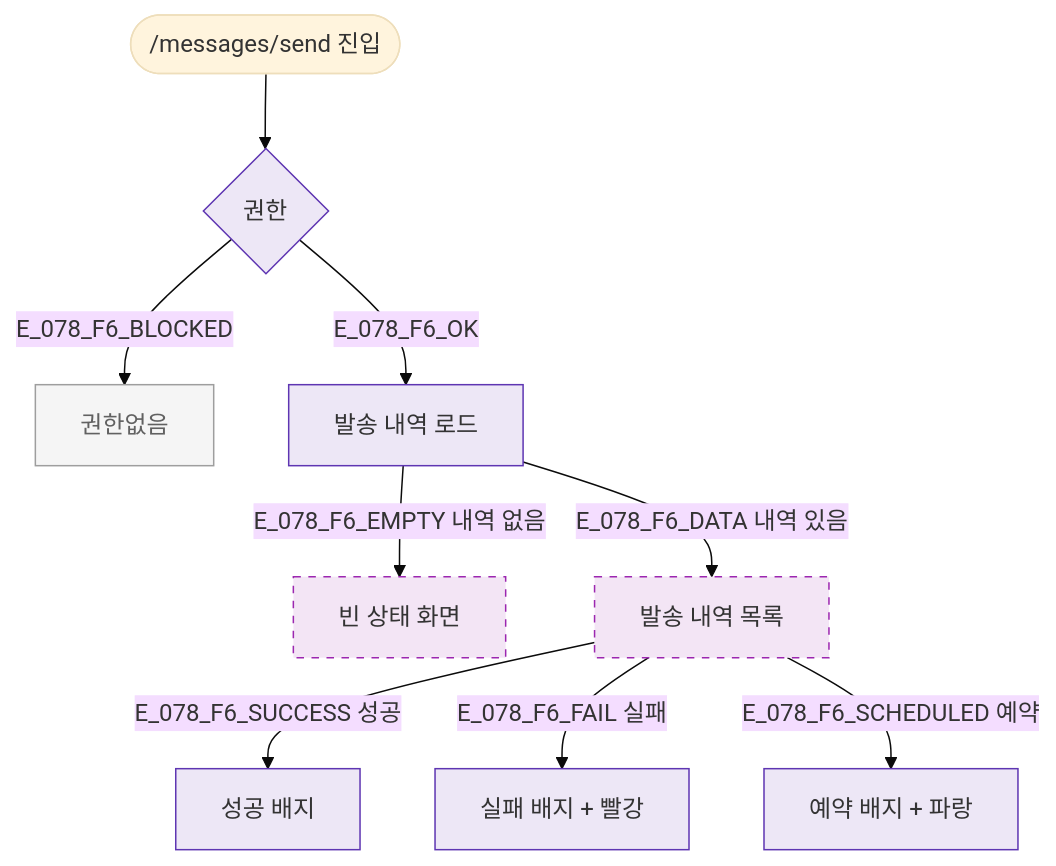
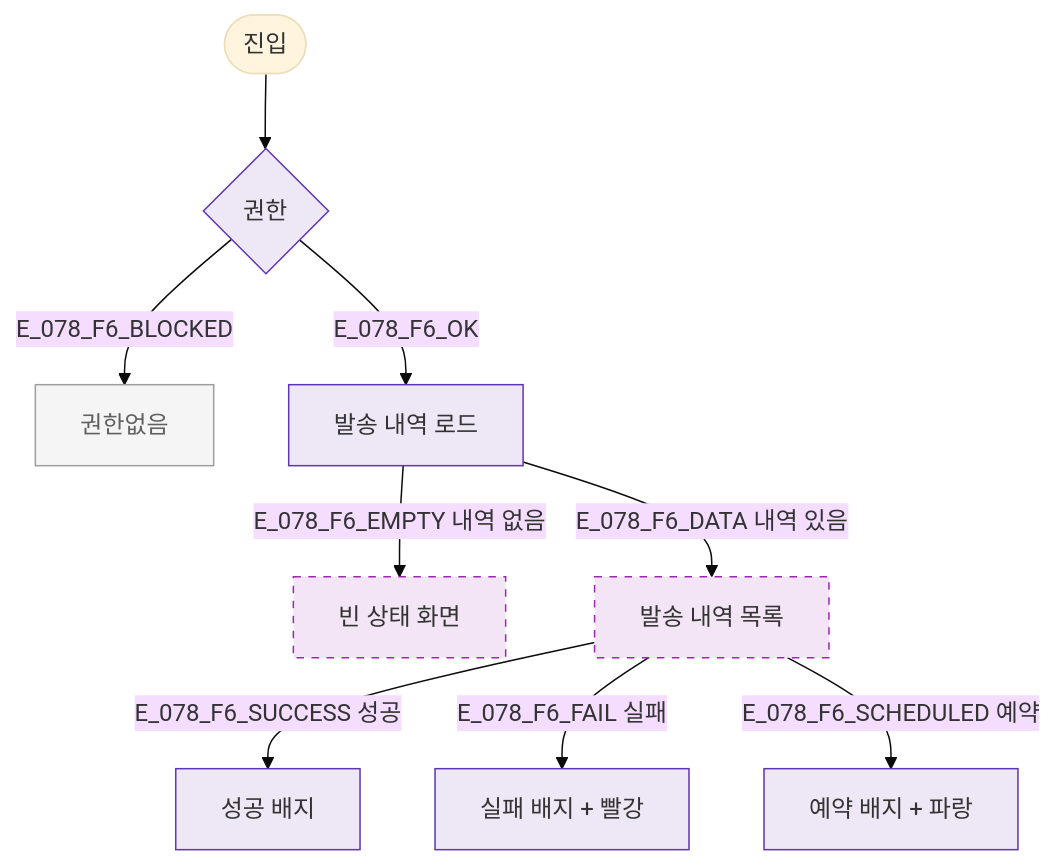
Before and after one commit to dev-spogym/admin-pando: the diagram in docs/다이어그램/D08_마케팅/SCR-078_SMS카카오발송/F6_상태별화면.md, drawn with Mermaid (base theme). The commit also changed other lines of this file and 1660 other files, not shown here.

First line of the commit message:
다이어그램: 기획자/클라이언트 납품본으로 정리

````diff
--- a/docs/다이어그램/D08_마케팅/SCR-078_SMS카카오발송/F6_상태별화면.md
+++ b/docs/다이어그램/D08_마케팅/SCR-078_SMS카카오발송/F6_상태별화면.md
@@ -14,21 +12,21 @@
 ```mermaid
 flowchart TD
-  ENTER([/messages/send 진입]) --> AUTH{권한}
-  AUTH -->|E_078_F6_BLOCKED| BLOCKED[권한없음]
-  AUTH -->|E_078_F6_OK| LOAD[발송 내역 로드]
+  ENTER([진입]) --> AUTH{권한}
+  AUTH -->|E_078_F6_BLOCKED|BLOCKED[권한없음]
+  AUTH -->|E_078_F6_OK|LOAD[발송 내역 로드]
 
-  LOAD -->|E_078_F6_EMPTY 내역 없음| EMPTY[빈 상태 화면]
-  LOAD -->|E_078_F6_DATA 내역 있음| LIST[발송 내역 목록]
+  LOAD -->|E_078_F6_EMPTY 내역 없음|EMPTY[빈 상태 화면]
+  LOAD -->|E_078_F6_DATA 내역 있음|LIST[발송 내역 목록]
 
-  LIST -->|E_078_F6_SUCCESS 성공| STYLE_OK[성공 배지]
-  LIST -->|E_078_F6_FAIL 실패| STYLE_FAIL[실패 배지 + 빨강]
-  LIST -->|E_078_F6_SCHEDULED 예약| STYLE_SCHED[예약 배지 + 파랑]
+  LIST -->|E_078_F6_SUCCESS 성공|STYLE_OK[성공 배지]
+  LIST -->|E_078_F6_FAIL 실패|STYLE_FAIL[실패 배지 + 빨강]
+  LIST -->|E_078_F6_SCHEDULED 예약|STYLE_SCHED[예약 배지 + 파랑]
 
-  classDef newFeature  fill:#F3E5F5,stroke:#9C27B0,stroke-dasharray:5 5
+  classDef newFeature fill:#F3E5F5,stroke:#9C27B0,stroke-dasharray:5 5
   classDef rbacBlocked fill:#F5F5F5,stroke:#9E9E9E,color:#616161
-  classDef system      fill:#EDE7F6,stroke:#5E35B2
+  classDef system fill:#EDE7F6,stroke:#5E35B2
 
   class LIST,EMPTY newFeature
   class BLOCKED rbacBlocked
   class STYLE_OK,STYLE_FAIL,STYLE_SCHED,AUTH,LOAD system
 ```
````
